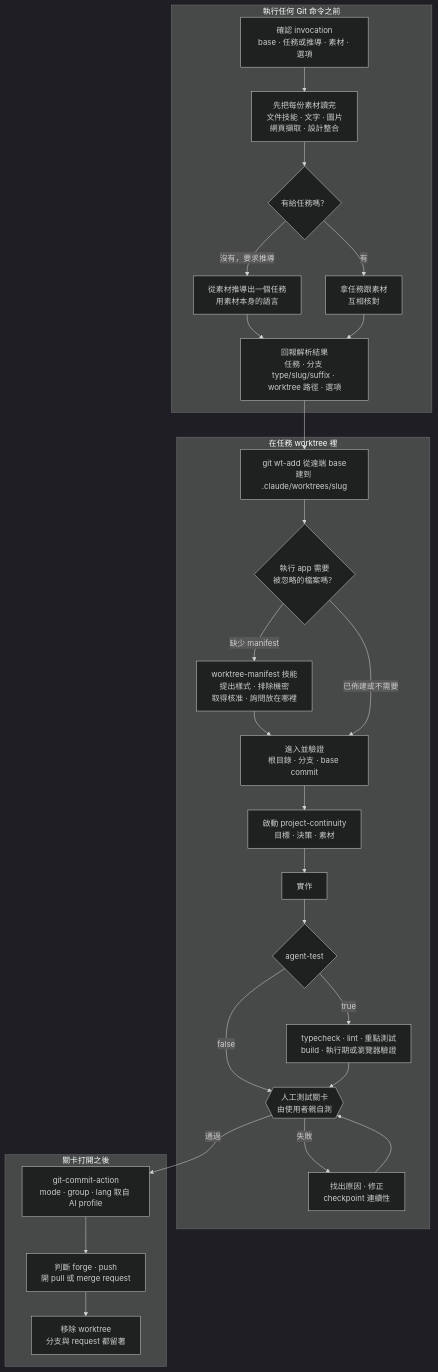
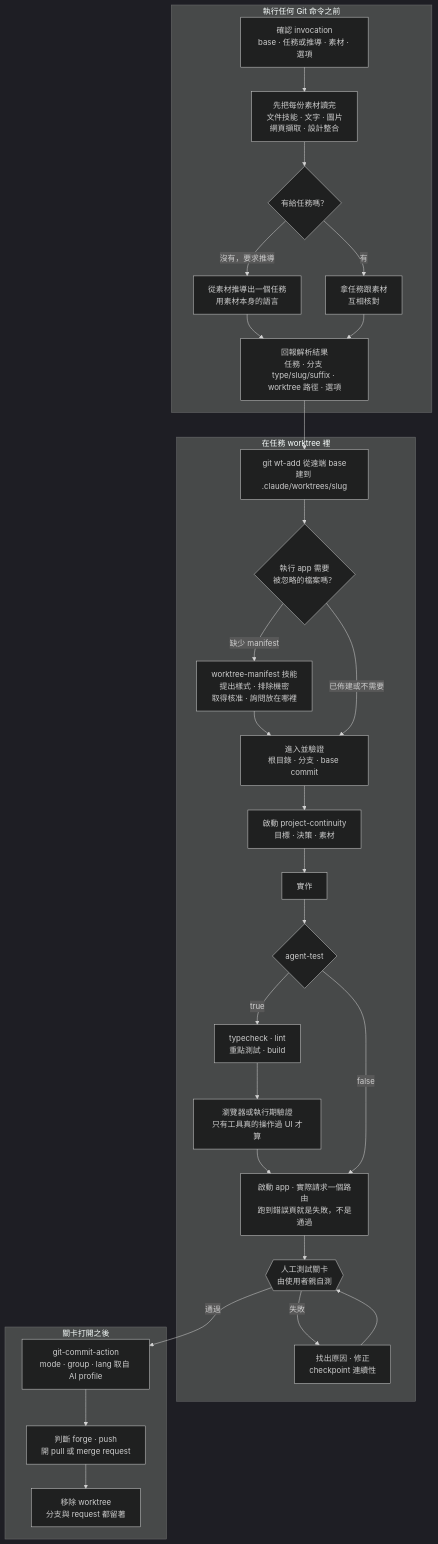
One commit to sherrilla71940/dotfiles changed the second of 3 diagrams in README.zh-TW.md. Above: the diagram before and after it, drawn with Mermaid (dark theme). The commit also changed other lines of this file and 1 other file, not shown here.

````diff
--- a/README.zh-TW.md
+++ b/README.zh-TW.md
@@ -236,49 +236,52 @@
 ```mermaid
 flowchart TD
     subgraph resolve["執行任何 Git 命令之前"]
         A["確認 invocation<br/>base · 任務或推導 · 素材 · 選項"]
         B["先把每份素材讀完<br/>文件技能 · 文字 · 圖片<br/>網頁擷取 · 設計整合"]
         C{"有給任務嗎？"}
         D["從素材推導出一個任務<br/>用素材本身的語言"]
         E["拿任務跟素材<br/>互相核對"]
         F["回報解析結果<br/>任務 · 分支 type/slug/suffix · worktree 路徑 · 選項"]
         A --> B --> C
         C -->|"沒有，要求推導"| D
         C -->|"有"| E
         D --> F
         E --> F
     end
 
     subgraph isolate["在任務 worktree 裡"]
         G["git wt-add 從遠端 base<br/>建到 .claude/worktrees/slug"]
         H{"執行 app 需要<br/>被忽略的檔案嗎？"}
         I["worktree-manifest 技能<br/>提出樣式 · 排除機密<br/>取得核准 · 詢問放在哪裡"]
         J["進入並驗證<br/>根目錄 · 分支 · base commit"]
         K["啟動 project-continuity<br/>目標 · 決策 · 素材"]
         L["實作"]
         M{"agent-test"}
-        N["typecheck · lint · 重點測試<br/>build · 執行期或瀏覽器驗證"]
+        N["typecheck · lint<br/>重點測試 · build"]
+        N2["瀏覽器或執行期驗證<br/>只有工具真的操作過 UI 才算"]
+        N3["啟動 app · 實際請求一個路由<br/>跑到錯誤頁就是失敗，不是通過"]
         O{{"人工測試關卡<br/>由使用者親自測"}}
         P["找出原因 · 修正<br/>checkpoint 連續性"]
         G --> H
         H -->|"缺少 manifest"| I
         I --> J
         H -->|"已佈建或不需要"| J
         J --> K --> L --> M
         M -->|"true"| N
-        M -->|"false"| O
-        N --> O
+        N --> N2 --> N3
+        M -->|"false"| N3
+        N3 --> O
         O -->|"失敗"| P
         P --> O
     end
 
     subgraph publish["關卡打開之後"]
         Q["git-commit-action<br/>mode · group · lang 取自 AI profile"]
         R["判斷 forge · push<br/>開 pull 或 merge request"]
         S["移除 worktree<br/>分支與 request 都留著"]
         Q --> R --> S
     end
 
     F --> G
     O -->|"通過"| Q
 ```
````
